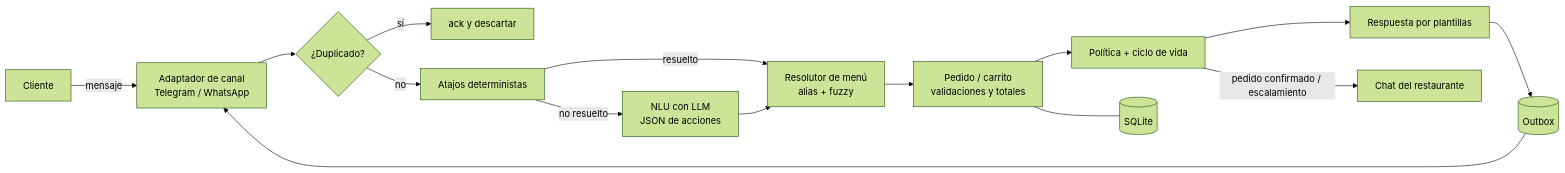
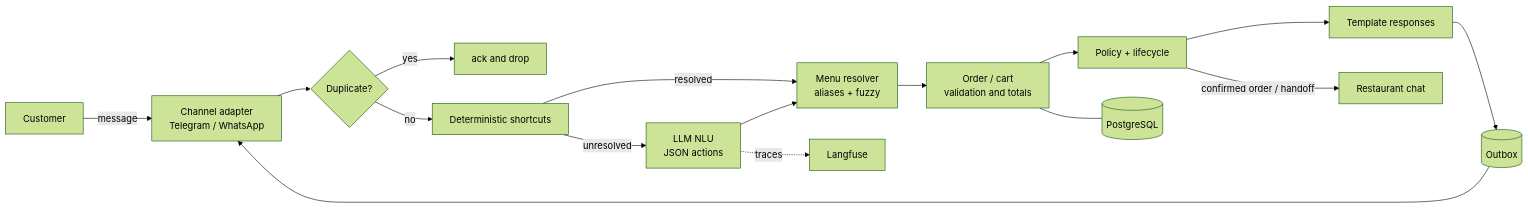
The diagram in README.md (JudasII/pedidos-bot), drawn with Mermaid (forest theme) before and after one commit. The commit also changed other lines of this file and 26 other files, not shown here.

````diff
--- a/README.md
+++ b/README.md
@@ -22,17 +22,18 @@
 ```mermaid
 flowchart LR
-    C[Cliente] -->|mensaje| CH[Adaptador de canal<br/>Telegram / WhatsApp]
-    CH --> DD{¿Duplicado?}
-    DD -->|sí| X[ack y descartar]
-    DD -->|no| SC[Atajos deterministas]
-    SC -->|no resuelto| NLU[NLU con LLM<br/>JSON de acciones]
-    SC -->|resuelto| RES
-    NLU --> RES[Resolutor de menú<br/>alias + fuzzy]
-    RES --> CART[Pedido / carrito<br/>validaciones y totales]
-    CART --> POL[Política + ciclo de vida]
-    POL --> TPL[Respuesta por plantillas]
+    C[Customer] -->|message| CH[Channel adapter<br/>Telegram / WhatsApp]
+    CH --> DD{Duplicate?}
+    DD -->|yes| X[ack and drop]
+    DD -->|no| SC[Deterministic shortcuts]
+    SC -->|unresolved| NLU[LLM NLU<br/>JSON actions]
+    SC -->|resolved| RES
+    NLU --> RES[Menu resolver<br/>aliases + fuzzy]
+    RES --> CART[Order / cart<br/>validation and totals]
+    CART --> POL[Policy + lifecycle]
+    POL --> TPL[Template responses]
     TPL --> OB[(Outbox)]
     OB --> CH
-    POL -->|pedido confirmado / escalamiento| STAFF[Chat del restaurante]
-    CART --- DB[(SQLite)]
+    POL -->|confirmed order / handoff| STAFF[Restaurant chat]
+    CART --- DB[(PostgreSQL)]
+    NLU -. traces .-> LF[Langfuse]
 ```
````
